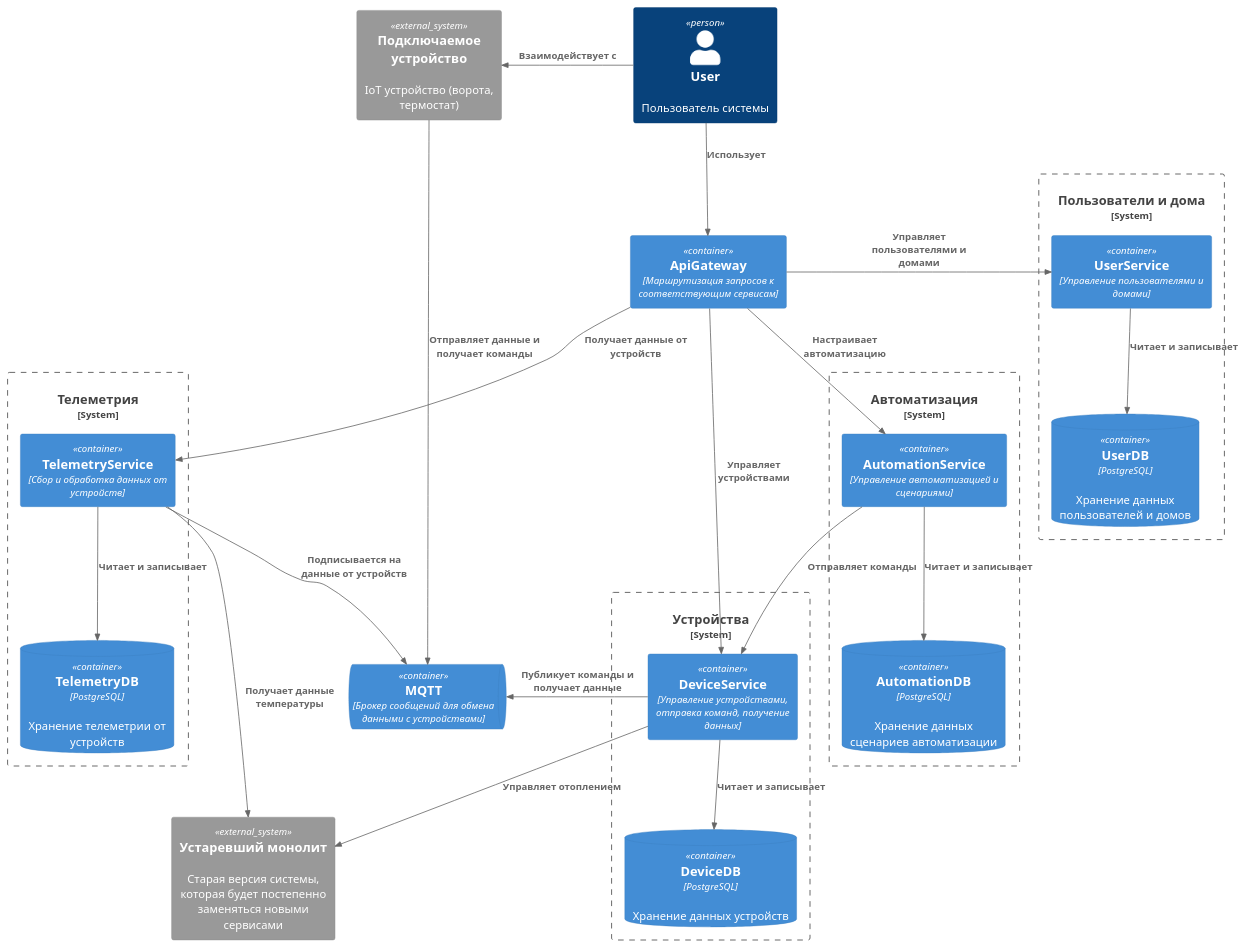
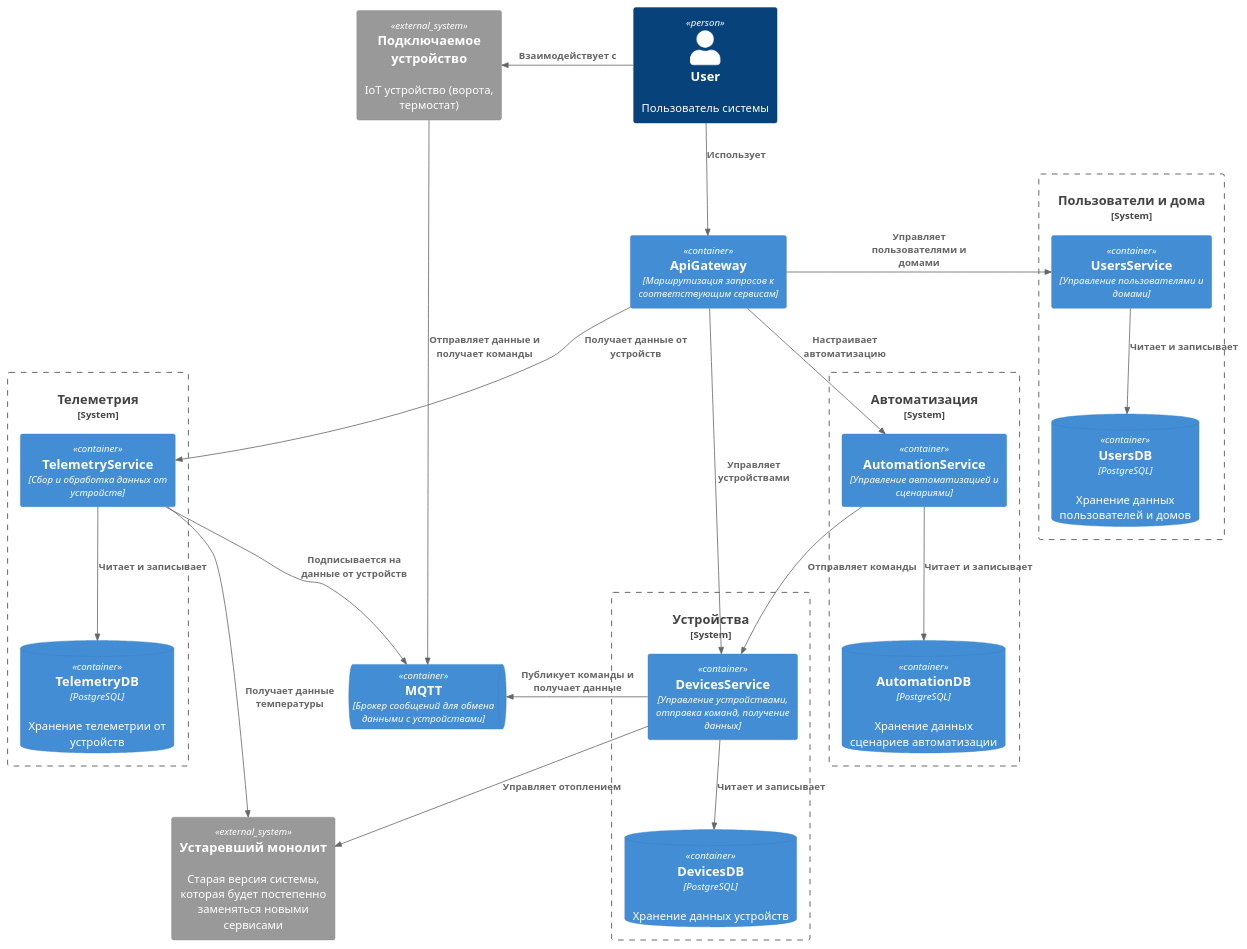
One commit to vsevolod-nikitin/yandex-practicum-architecture-pro-warmhouse changed the diagram in schemas/to-be/Containers.puml. Above: the diagram before and after it, drawn with PlantUML. The commit also changed 11 other files, not shown here.

Commit message:
Корректировка диаграмм.

```diff
--- a/schemas/to-be/Containers.puml
+++ b/schemas/to-be/Containers.puml
@@ -1,57 +1,57 @@
 @startuml Containers
 !include https://raw.githubusercontent.com/plantuml-stdlib/C4-PlantUML/master/C4_Container.puml
 
 Person(user, "User", "Пользователь системы")
 
 System_Ext(device, "Подключаемое устройство", "IoT устройство (ворота, термостат)")
 System_Ext(deprecatedMonolith, "Устаревший монолит", "Старая версия системы, которая будет постепенно заменяться новыми сервисами")
 
 Container(apiGateway, "ApiGateway", "Маршрутизация запросов к соответствующим сервисам")
 
-System_Boundary(userDomain, "Пользователи и дома") {
-    Container(userService, "UserService", "Управление пользователями и домами")
-    ContainerDb(userDb, "UserDB", "PostgreSQL", "Хранение данных пользователей и домов")
+System_Boundary(usersDomain, "Пользователи и дома") {
+    Container(usersService, "UsersService", "Управление пользователями и домами")
+    ContainerDb(usersDb, "UsersDB", "PostgreSQL", "Хранение данных пользователей и домов")
 }
 
 System_Boundary(automationDomain, "Автоматизация") {
     Container(automationService, "AutomationService", "Управление автоматизацией и сценариями")
     ContainerDb(automationDb, "AutomationDB", "PostgreSQL", "Хранение данных сценариев автоматизации")
 }
 
-System_Boundary(deviceDomain, "Устройства") {
-    Container(deviceService, "DeviceService", "Управление устройствами, отправка команд, получение данных")    
-    ContainerDb(deviceDb, "DeviceDB", "PostgreSQL", "Хранение данных устройств")    
+System_Boundary(devicesDomain, "Устройства") {
+    Container(devicesService, "DevicesService", "Управление устройствами, отправка команд, получение данных")    
+    ContainerDb(devicesDb, "DevicesDB", "PostgreSQL", "Хранение данных устройств")    
 }
 
 System_Boundary(telemetryDomain, "Телеметрия") {
     Container(telemetryService, "TelemetryService", "Сбор и обработка данных от устройств")
     ContainerDb(telemetryDb, "TelemetryDB", "PostgreSQL", "Хранение телеметрии от устройств")
 }
 
 ContainerQueue(deviceQueue, "MQTT", "Брокер сообщений для обмена данными с устройствами")
 
 Rel(user, apiGateway, "Использует")
 Rel_Left(user, device, "Взаимодействует с")
 
-Rel_Left(apiGateway, userService, "Управляет пользователями и домами")
+Rel_Left(apiGateway, usersService, "Управляет пользователями и домами")
 Rel(apiGateway, automationService, "Настраивает автоматизацию")
-Rel(apiGateway, deviceService, "Управляет устройствами")
+Rel(apiGateway, devicesService, "Управляет устройствами")
 Rel(apiGateway, telemetryService, "Получает данные от устройств")
 
-Rel(userService, userDb, "Читает и записывает")
-Rel(deviceService, deviceDb, "Читает и записывает")
+Rel(usersService, usersDb, "Читает и записывает")
+Rel(devicesService, devicesDb, "Читает и записывает")
 Rel(automationService, automationDb, "Читает и записывает")
 Rel(telemetryService, telemetryDb, "Читает и записывает")
 
-Rel(automationService, deviceService, "Отправляет команды")
-Rel_Left(deviceService, deviceQueue, "Публикует команды и получает данные")
+Rel(automationService, devicesService, "Отправляет команды")
+Rel_Left(devicesService, deviceQueue, "Публикует команды и получает данные")
 Rel(telemetryService, deviceQueue, "Подписывается на данные от устройств")
 
 Rel(device, deviceQueue, "Отправляет данные и получает команды")
 
-Rel(deviceService, deprecatedMonolith, "Управляет отоплением")
+Rel(devicesService, deprecatedMonolith, "Управляет отоплением")
 Rel(telemetryService, deprecatedMonolith, "Получает данные температуры")
 
 LAYOUT_TOP_DOWN()
 
 @enduml
```
